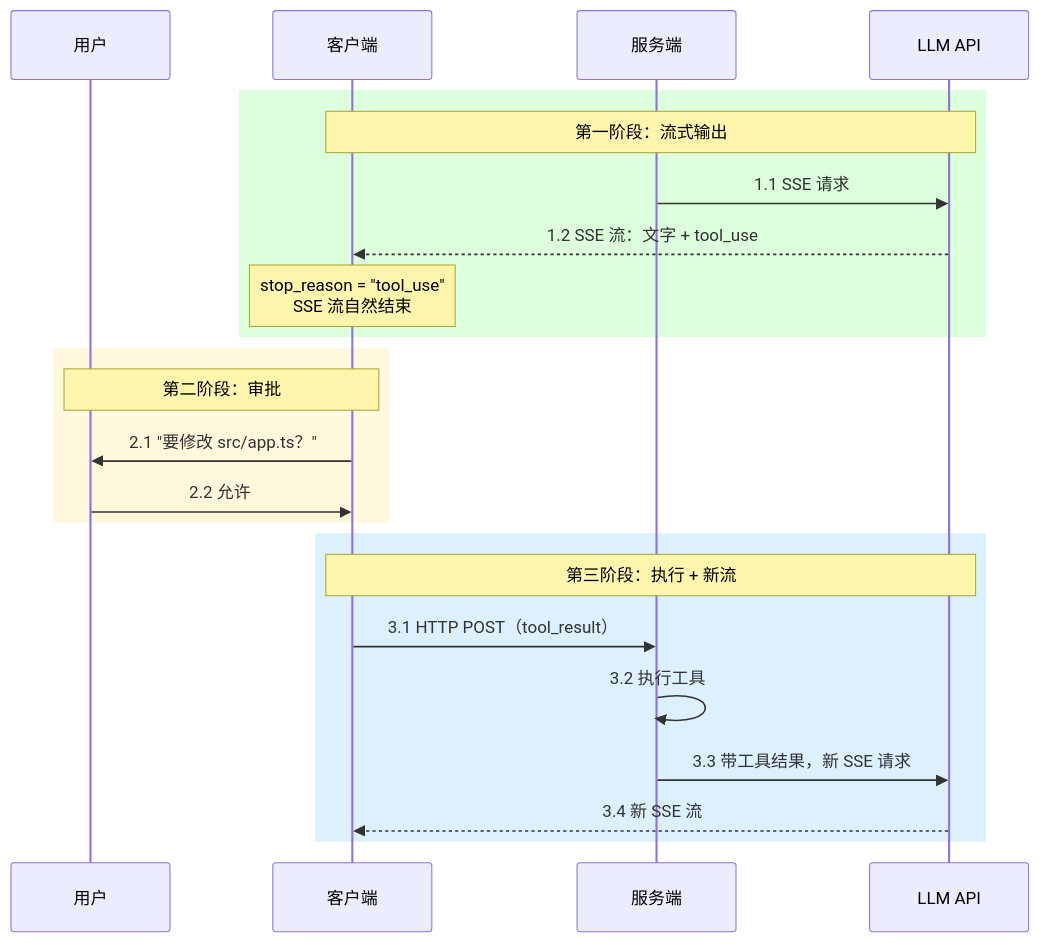
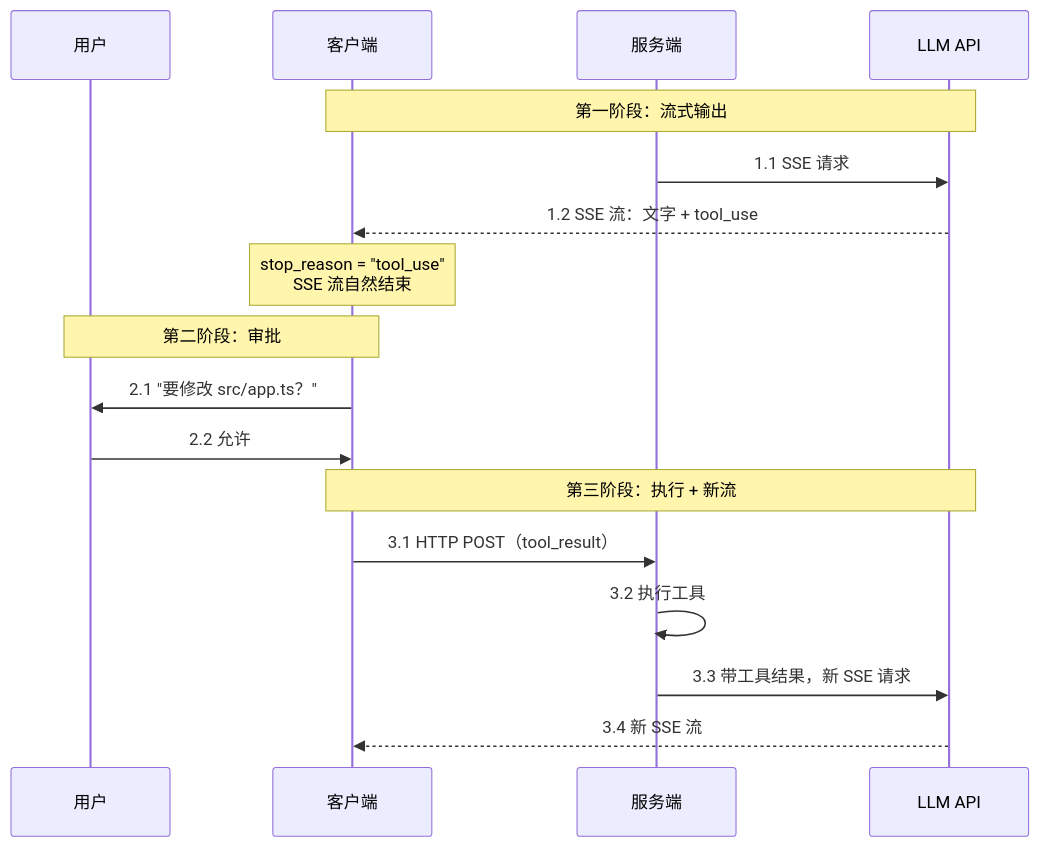
The second of 5 diagrams in source/Agent-Loop-深度分享.md (caosiwei97/agent-loop-demo), drawn with Mermaid before and after one commit. The commit also changed other lines of this file and 2 other files, not shown here.

Commit message:
feat: 添加多工具流水线交互演示并同步源文档与时序图

````diff
--- a/source/Agent-Loop-深度分享.md
+++ b/source/Agent-Loop-深度分享.md
@@ -177,28 +177,22 @@
 ```mermaid
 sequenceDiagram
     participant U as 用户
     participant C as 客户端
     participant S as 服务端
     participant API as LLM API
 
-    rect rgb(220, 255, 220)
-        Note over C,API: 第一阶段：流式输出
-        S->>API: 1.1 SSE 请求
-        API-->>C: 1.2 SSE 流：文字 + tool_use
-        Note over C: stop_reason = "tool_use"<br/>SSE 流自然结束
-    end
+    Note over C,API: 第一阶段：流式输出
+    S->>API: 1.1 SSE 请求
+    API-->>C: 1.2 SSE 流：文字 + tool_use
+    Note over C: stop_reason = "tool_use"<br/>SSE 流自然结束
 
-    rect rgb(255, 248, 220)
-        Note over U,C: 第二阶段：审批
-        C->>U: 2.1 "要修改 src/app.ts？"
-        U->>C: 2.2 允许
-    end
+    Note over U,C: 第二阶段：审批
+    C->>U: 2.1 "要修改 src/app.ts？"
+    U->>C: 2.2 允许
 
-    rect rgb(220, 240, 255)
-        Note over C,API: 第三阶段：执行 + 新流
-        C->>S: 3.1 HTTP POST（tool_result）
-        S->>S: 3.2 执行工具
-        S->>API: 3.3 带工具结果，新 SSE 请求
-        API-->>C: 3.4 新 SSE 流
-    end
+    Note over C,API: 第三阶段：执行 + 新流
+    C->>S: 3.1 HTTP POST（tool_result）
+    S->>S: 3.2 执行工具
+    S->>API: 3.3 带工具结果，新 SSE 请求
+    API-->>C: 3.4 新 SSE 流
 ```
````
